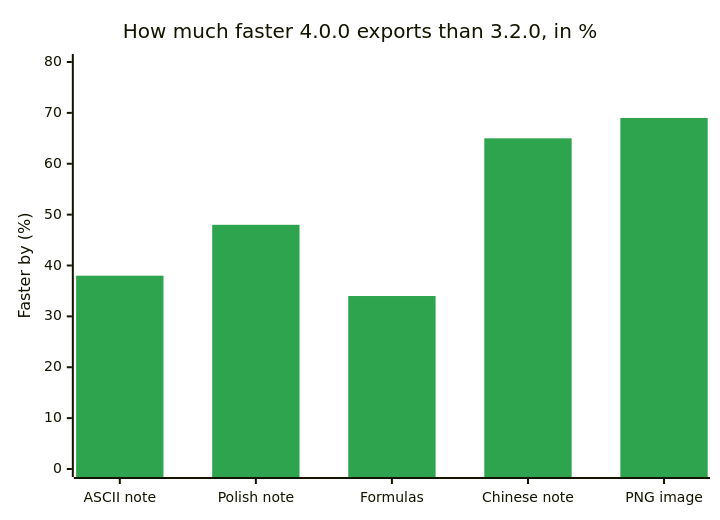
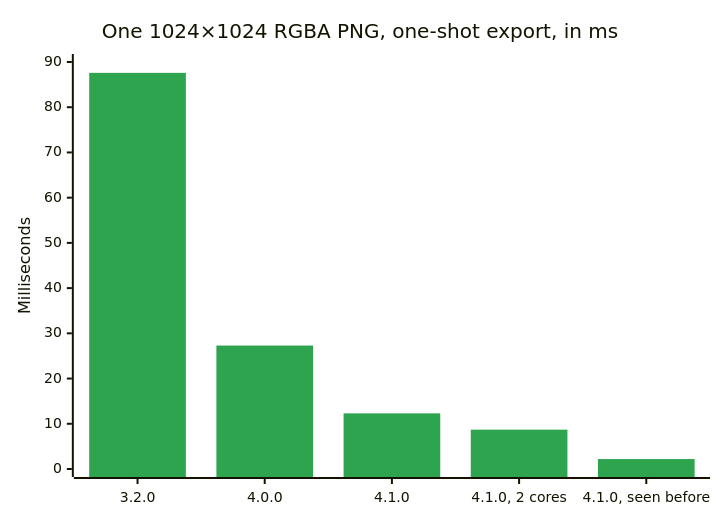
Before and after one commit to Butterski/rayomd: the first of 4 diagrams in README.md, drawn with Mermaid. The commit also changed other lines of this file and 1 other file, not shown here.

````diff
--- a/README.md
+++ b/README.md
@@ -153,8 +154,8 @@
 ```mermaid
 %%{init: {"themeVariables": {"xyChart": {"plotColorPalette": "#2ea44f"}}}}%%
 xychart-beta
-    title "How much faster 4.0.0 exports than 3.2.0, in %"
-    x-axis ["ASCII note", "Polish note", "Formulas", "Chinese note", "PNG image"]
-    y-axis "Faster by (%)" 0 --> 80
-    bar [38, 48, 34, 65, 69]
+    title "One 1024×1024 RGBA PNG, one-shot export, in ms"
+    x-axis ["3.2.0", "4.0.0", "4.1.0", "4.1.0, 2 cores", "4.1.0, seen before"]
+    y-axis "Milliseconds" 0 --> 90
+    bar [87.6, 27.3, 12.3, 8.7, 2.2]
 ```
````
